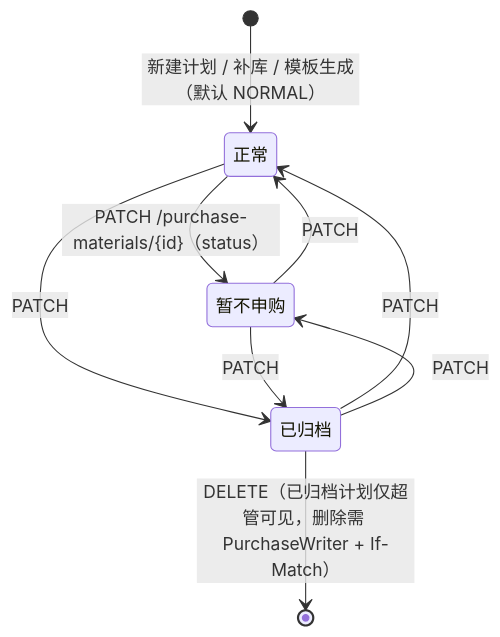
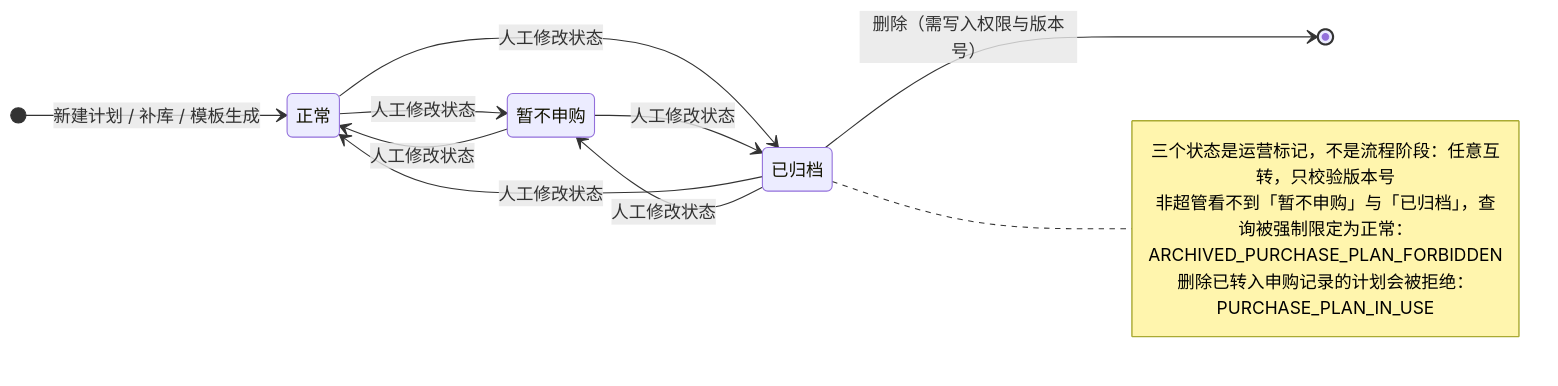
The second of 21 diagrams in docs/websites/pages/dev-state-machines.md (Sakana-1314/Electrical-Manager), drawn with Mermaid before and after one commit. The commit also changed other lines of this file and 24 other files, not shown here.

Commit message:
docs: 重构文档站（部署指南 / 接口 / 系统设计 + 图表化） (#301)

````diff
--- a/docs/websites/pages/dev-state-machines.md
+++ b/docs/websites/pages/dev-state-machines.md
@@ -35,11 +43,17 @@
 ```mermaid
 stateDiagram-v2
-    [*] --> 正常 : 新建计划 / 补库 / 模板生成（默认 NORMAL）
-    正常 --> 暂不申购 : PATCH /purchase-materials/{id}（status）
-    暂不申购 --> 正常 : PATCH
-    正常 --> 已归档 : PATCH
-    已归档 --> 正常 : PATCH
-    暂不申购 --> 已归档 : PATCH
-    已归档 --> 暂不申购 : PATCH
-    已归档 --> [*] : DELETE（已归档计划仅超管可见，删除需 PurchaseWriter + If-Match）
+    direction LR
+    [*] --> 正常 : 新建计划 / 补库 / 模板生成
+    正常 --> 暂不申购 : 人工修改状态
+    暂不申购 --> 正常 : 人工修改状态
+    正常 --> 已归档 : 人工修改状态
+    已归档 --> 正常 : 人工修改状态
+    暂不申购 --> 已归档 : 人工修改状态
+    已归档 --> 暂不申购 : 人工修改状态
+    已归档 --> [*] : 删除（需写入权限与版本号）
+    note right of 已归档
+        三个状态是运营标记，不是流程阶段：任意互转，只校验版本号
+        非超管看不到「暂不申购」与「已归档」，查询被强制限定为正常：ARCHIVED_PURCHASE_PLAN_FORBIDDEN
+        删除已转入申购记录的计划会被拒绝：PURCHASE_PLAN_IN_USE
+    end note
 ```
````
